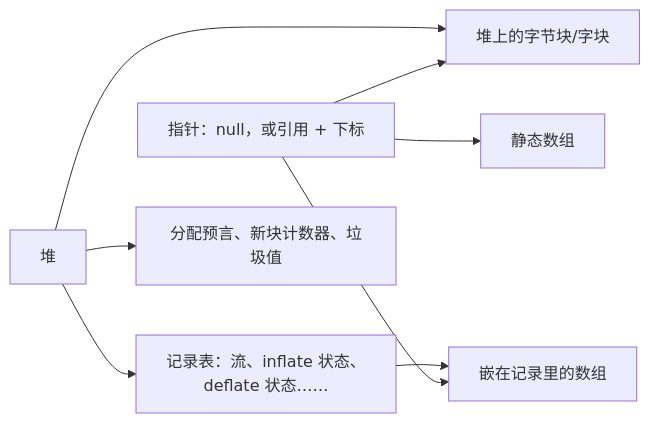
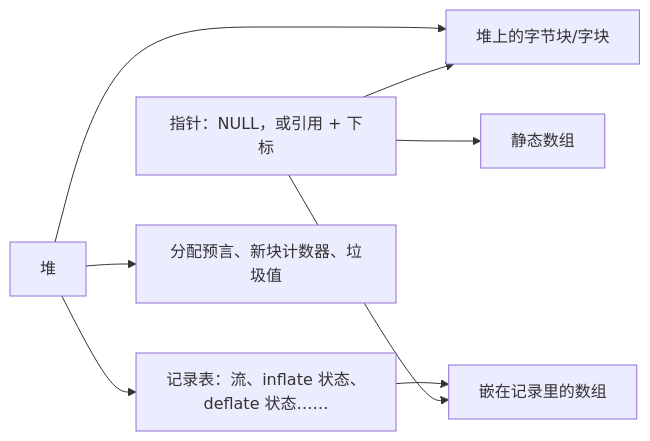
One commit to cla7aye15I4nd/oss-proof changed the second of 2 diagrams in docs/design/architecture.zh.md. Above: the diagram before and after it, drawn with Mermaid. The commit also changed other lines of this file and 1 other file, not shown here.

Commit message:
Architecture page: every trusted helper of the translation files by kind, all fields of Heap, the checked conditional round trip

````diff
--- a/docs/design/architecture.zh.md
+++ b/docs/design/architecture.zh.md
@@ -158,10 +245,10 @@
 ```mermaid
 flowchart LR
-    P["指针：null，或引用 + 下标"] --> B["堆上的字节块/字块"]
+    P["指针：NULL，或引用 + 下标"] --> B["堆上的字节块/字块"]
     P --> E["嵌在记录里的数组"]
     P --> S["静态数组"]
     H["堆"] --> B
     H --> K["记录表：流、inflate 状态、deflate 状态……"]
     K --> E
     H --> O["分配预言、新块计数器、垃圾值"]
 ```
````
